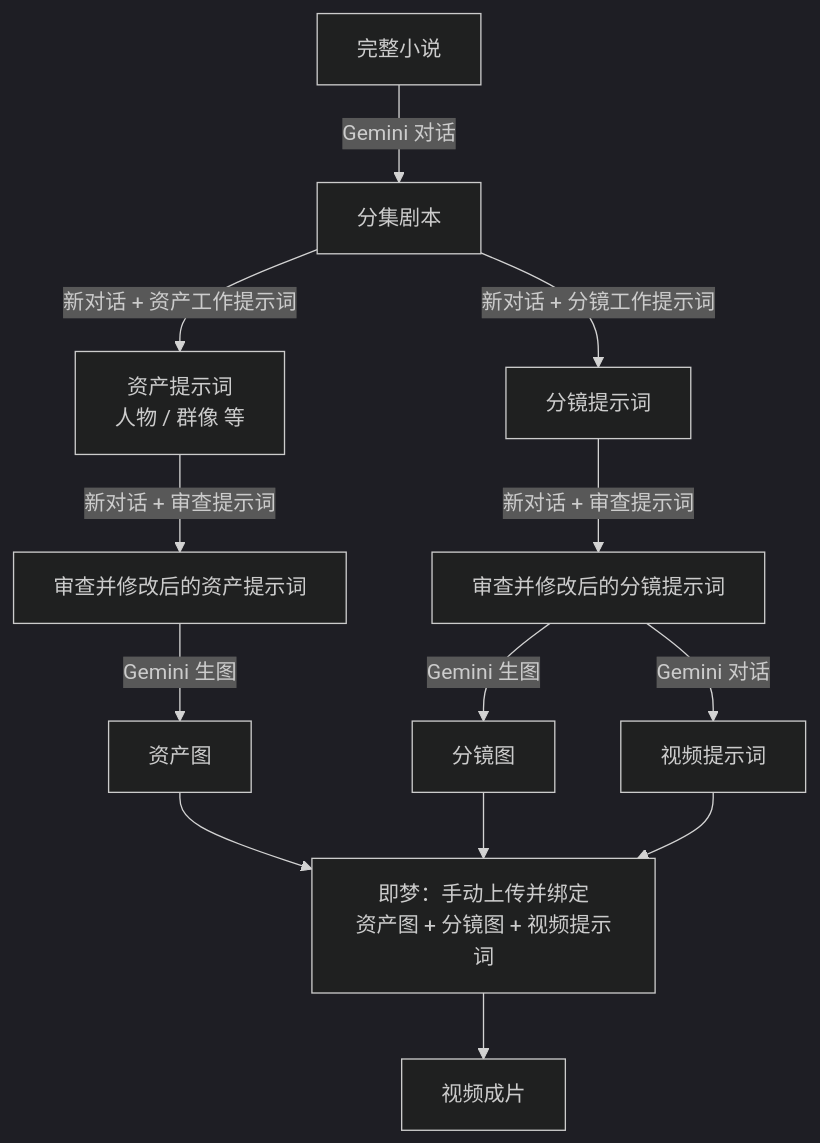
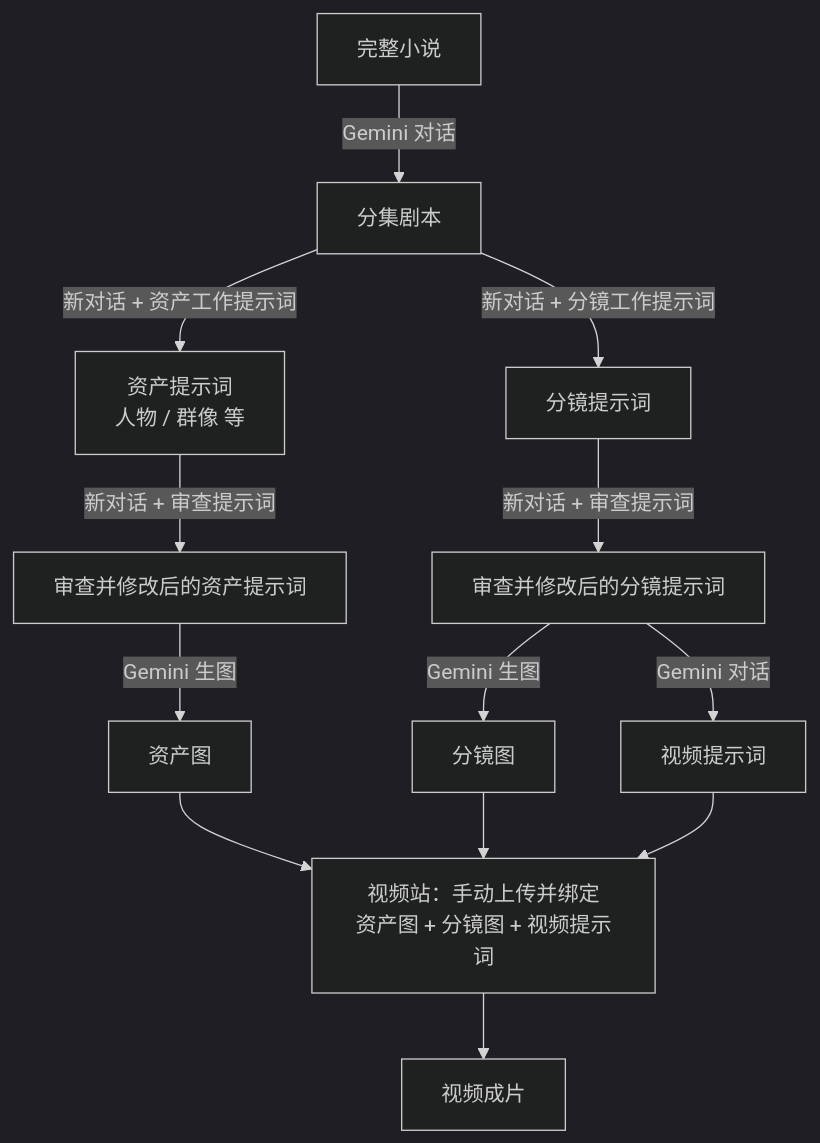
Before and after one commit to 76776198xiong-stack/duanju-workflow: the diagram in docs/01-现有工作流.md, drawn with Mermaid (dark theme). The commit also changed other lines of this file and 8 other files, not shown here.

````diff
--- a/docs/01-现有工作流.md
+++ b/docs/01-现有工作流.md
@@ -12,15 +12,15 @@
 ```mermaid
 flowchart TD
     A[完整小说] -->|Gemini 对话| B[分集剧本]
     B -->|新对话 + 分镜工作提示词| C[分镜提示词]
     B -->|新对话 + 资产工作提示词| D[资产提示词<br>人物 / 群像 等]
     C -->|新对话 + 审查提示词| C2[审查并修改后的分镜提示词]
     D -->|新对话 + 审查提示词| D2[审查并修改后的资产提示词]
     D2 -->|Gemini 生图| E[资产图]
     C2 -->|Gemini 生图| F[分镜图]
     C2 -->|Gemini 对话| G[视频提示词]
-    E --> H[即梦：手动上传并绑定<br>资产图 + 分镜图 + 视频提示词]
+    E --> H[视频站：手动上传并绑定<br>资产图 + 分镜图 + 视频提示词]
     F --> H
     G --> H
     H --> I[视频成片]
 ```
````
